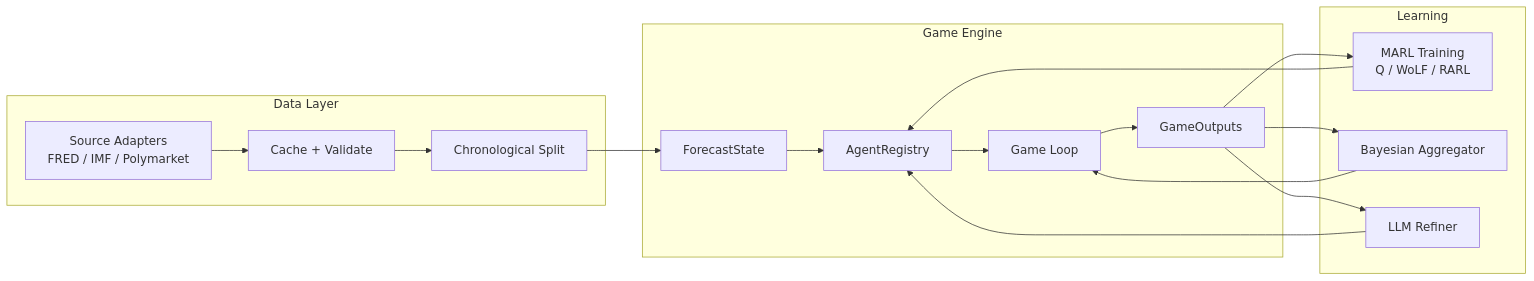
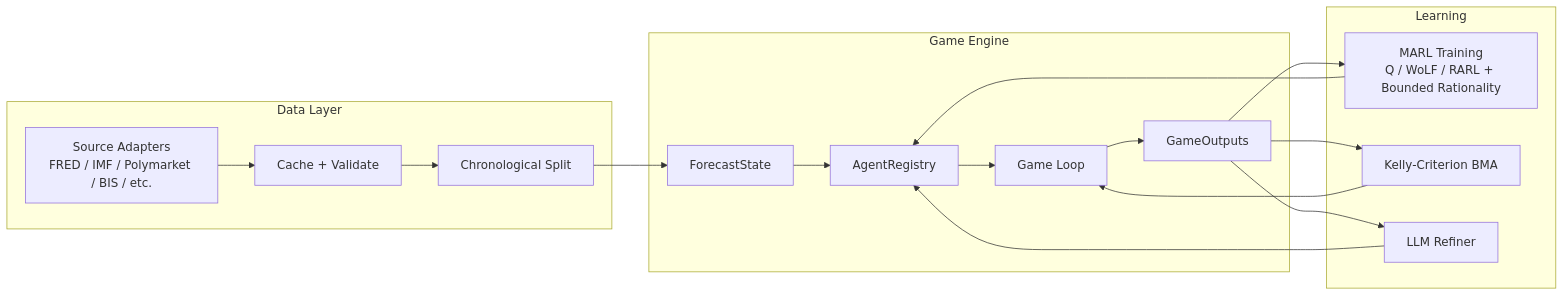
The diagram in README.md (tripp-smith/marl-forecast-game), drawn with Mermaid before and after one commit. The commit also changed other lines of this file and 37 other files, not shown here.

````diff
--- a/README.md
+++ b/README.md
@@ -49,27 +52,27 @@
 ```mermaid
 graph LR
     subgraph data [Data Layer]
-        Adapters["Source Adapters<br/>FRED / IMF / Polymarket"]
+        Adapters["Source Adapters<br/>FRED / IMF / Polymarket / BIS / etc."]
         Cache["Cache + Validate"]
         Split["Chronological Split"]
     end
 
     subgraph game [Game Engine]
         State["ForecastState"]
         Registry["AgentRegistry"]
         Loop["Game Loop"]
         Outputs["GameOutputs"]
     end
 
     subgraph learn [Learning]
-        Training["MARL Training<br/>Q / WoLF / RARL"]
-        BMA["Bayesian Aggregator"]
+        Training["MARL Training<br/>Q / WoLF / RARL + Bounded Rationality"]
+        BMA["Kelly-Criterion BMA"]
         Refiner["LLM Refiner"]
     end
 
     Adapters --> Cache --> Split --> State
     State --> Registry --> Loop --> Outputs
     Outputs --> Training --> Registry
     Outputs --> BMA --> Loop
     Outputs --> Refiner --> Registry
 ```
````
